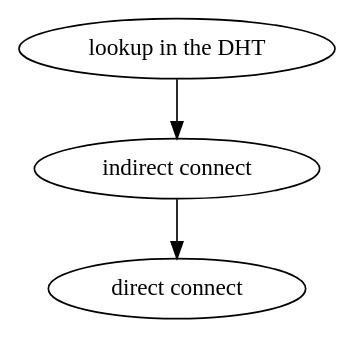
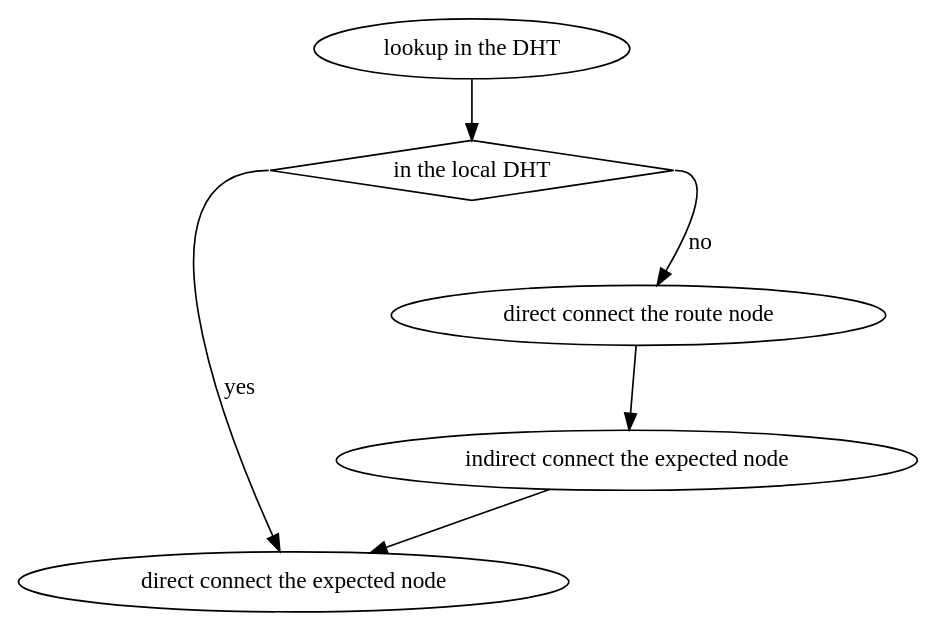
The diagram in doc/findNode.dot (Covertness/node-mate), drawn with Graphviz before and after one commit. The commit also changed 9 other files, not shown here.

Commit message:
lookup node

```diff
--- a/doc/findNode.dot
+++ b/doc/findNode.dot
@@ -1,8 +1,13 @@
 digraph G{
-	lookup -> indirect;
-	indirect -> direct;
+	lookup -> isLocal;
+	isLocal: e -> direct_route_node[label="no"];
+	isLocal: w -> direct_node[label="yes"];
+	direct_route_node -> indirect_node;
+	indirect_node -> direct_node;
 
 	lookup[label="lookup in the DHT"];
-	indirect[label="indirect connect"];
-	direct[label="direct connect"];
+	isLocal[label="in the local DHT", shape="diamond"];
+	direct_route_node[label="direct connect the route node"];
+	indirect_node[label="indirect connect the expected node"];
+	direct_node[label="direct connect the expected node"];
 }
```
